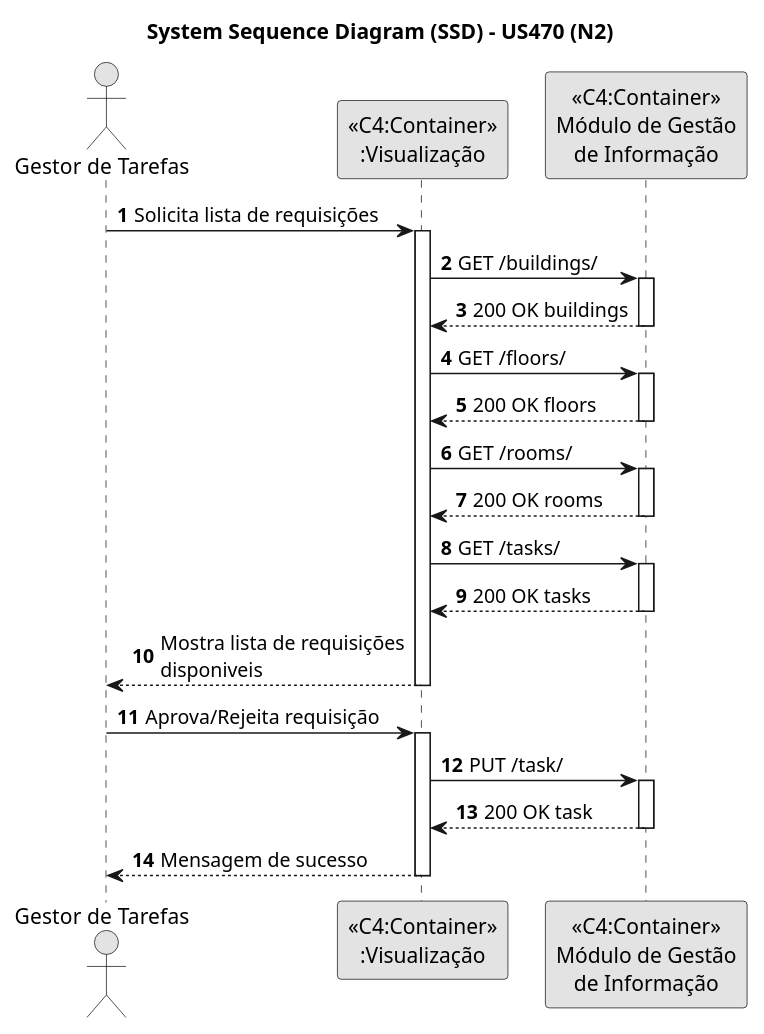
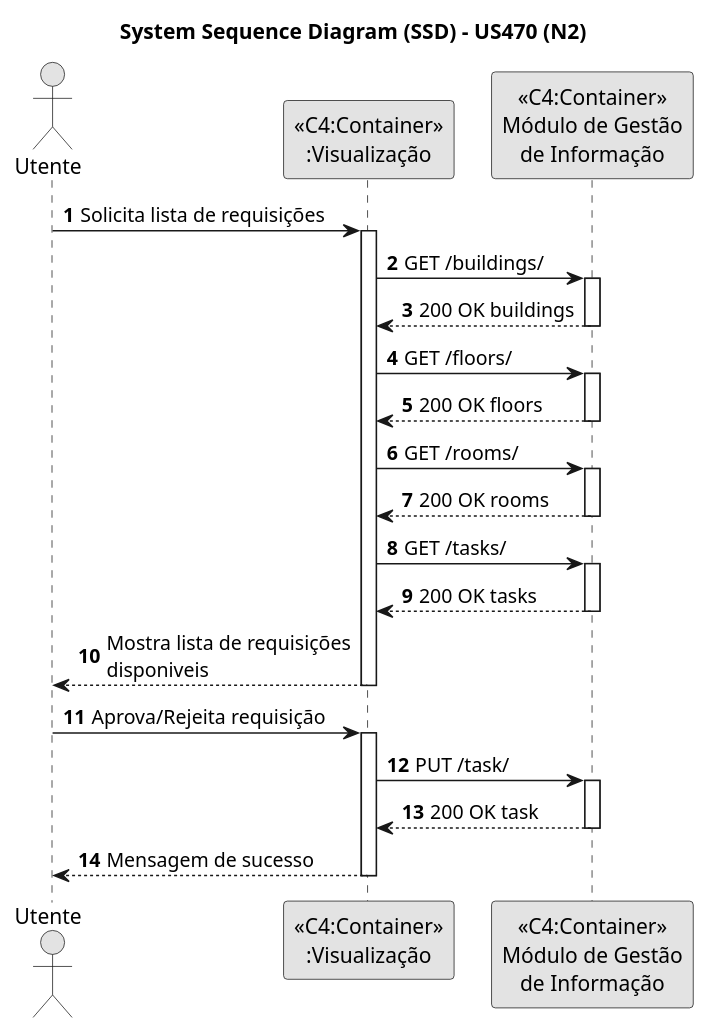
One commit to pedrocmesquita/RobDroneGo changed the diagram in docs/SprintC/us470/SSD-N2-US470.puml. Above: the diagram before and after it, drawn with PlantUML. The commit also changed 5 other files, not shown here.

```diff
--- a/docs/SprintC/us470/SSD-N2-US470.puml
+++ b/docs/SprintC/us470/SSD-N2-US470.puml
@@ -1,44 +1,44 @@
 @startuml
 skinparam monochrome true
 skinparam packageStyle rectangle
 skinparam shadowing false
 
 title System Sequence Diagram (SSD) - US470 (N2)
 
 autonumber
 
-actor "Gestor de Tarefas"
+actor "Utente"
 
-"Gestor de Tarefas" -> "<<C4:Container>>\n:Visualização": Solicita lista de requisições
+"Utente" -> "<<C4:Container>>\n:Visualização": Solicita lista de requisições
 activate "<<C4:Container>>\n:Visualização"
 "<<C4:Container>>\n:Visualização" -> "<<C4:Container>>\nMódulo de Gestão\nde Informação": GET /buildings/
 activate "<<C4:Container>>\nMódulo de Gestão\nde Informação"
 "<<C4:Container>>\nMódulo de Gestão\nde Informação" --> "<<C4:Container>>\n:Visualização": 200 OK buildings
 deactivate "<<C4:Container>>\nMódulo de Gestão\nde Informação"
 "<<C4:Container>>\n:Visualização" -> "<<C4:Container>>\nMódulo de Gestão\nde Informação": GET /floors/
 activate "<<C4:Container>>\nMódulo de Gestão\nde Informação"
 "<<C4:Container>>\nMódulo de Gestão\nde Informação" --> "<<C4:Container>>\n:Visualização": 200 OK floors
 deactivate "<<C4:Container>>\nMódulo de Gestão\nde Informação"
 "<<C4:Container>>\n:Visualização" -> "<<C4:Container>>\nMódulo de Gestão\nde Informação": GET /rooms/
 activate "<<C4:Container>>\nMódulo de Gestão\nde Informação"
 "<<C4:Container>>\nMódulo de Gestão\nde Informação" --> "<<C4:Container>>\n:Visualização": 200 OK rooms
 deactivate "<<C4:Container>>\nMódulo de Gestão\nde Informação"
 
 "<<C4:Container>>\n:Visualização" -> "<<C4:Container>>\nMódulo de Gestão\nde Informação": GET /tasks/
 activate "<<C4:Container>>\nMódulo de Gestão\nde Informação"
 "<<C4:Container>>\nMódulo de Gestão\nde Informação" --> "<<C4:Container>>\n:Visualização": 200 OK tasks
 deactivate "<<C4:Container>>\nMódulo de Gestão\nde Informação"
 
-"<<C4:Container>>\n:Visualização" --> "Gestor de Tarefas": Mostra lista de requisições\ndisponiveis
+"<<C4:Container>>\n:Visualização" --> "Utente": Mostra lista de requisições\ndisponiveis
 deactivate "<<C4:Container>>\n:Visualização"
 
-"Gestor de Tarefas" -> "<<C4:Container>>\n:Visualização": Aprova/Rejeita requisição
+"Utente" -> "<<C4:Container>>\n:Visualização": Aprova/Rejeita requisição
 activate "<<C4:Container>>\n:Visualização"
 "<<C4:Container>>\n:Visualização" -> "<<C4:Container>>\nMódulo de Gestão\nde Informação": PUT /task/
 activate "<<C4:Container>>\nMódulo de Gestão\nde Informação"
 "<<C4:Container>>\nMódulo de Gestão\nde Informação" --> "<<C4:Container>>\n:Visualização": 200 OK task
 deactivate "<<C4:Container>>\nMódulo de Gestão\nde Informação"
-"Gestor de Tarefas" <-- "<<C4:Container>>\n:Visualização": Mensagem de sucesso
+"Utente" <-- "<<C4:Container>>\n:Visualização": Mensagem de sucesso
 deactivate "<<C4:Container>>\n:Visualização"
 
 @enduml
```
